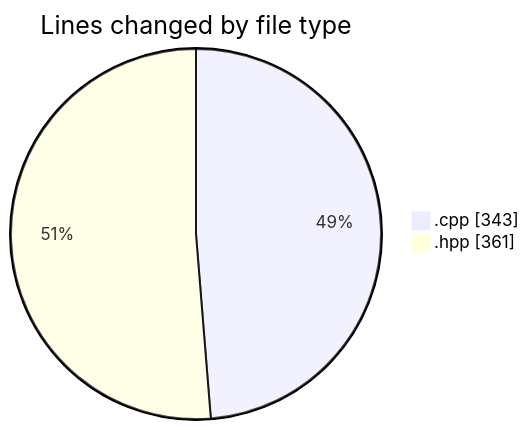
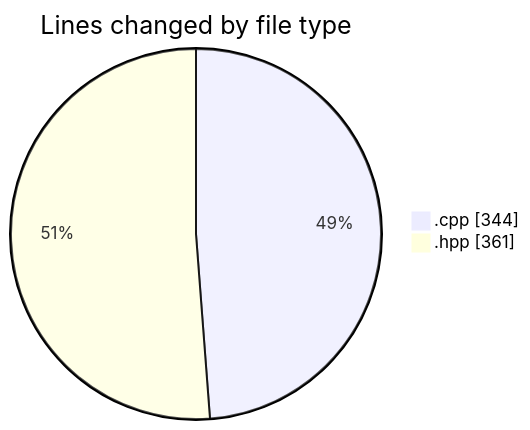
Before and after one commit to Netris89/code-tracking: the first of 2 diagrams in 2025-05-08/date/README.md, drawn with Mermaid. The commit also changed other lines of this file and 1 other file, not shown here.

````diff
--- a/2025-05-08/date/README.md
+++ b/2025-05-08/date/README.md
@@ -25,6 +25,6 @@
 ```mermaid
 pie showData
 title Lines changed by file type
-".cpp" : 343
+".cpp" : 344
 ".hpp" : 361
 ```
````
